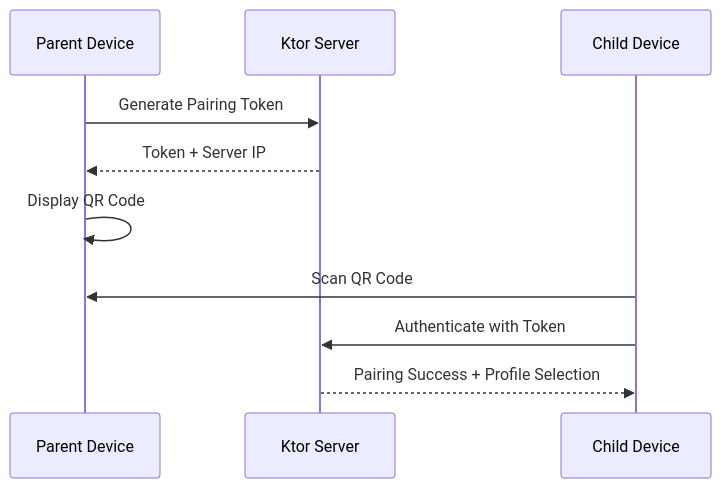
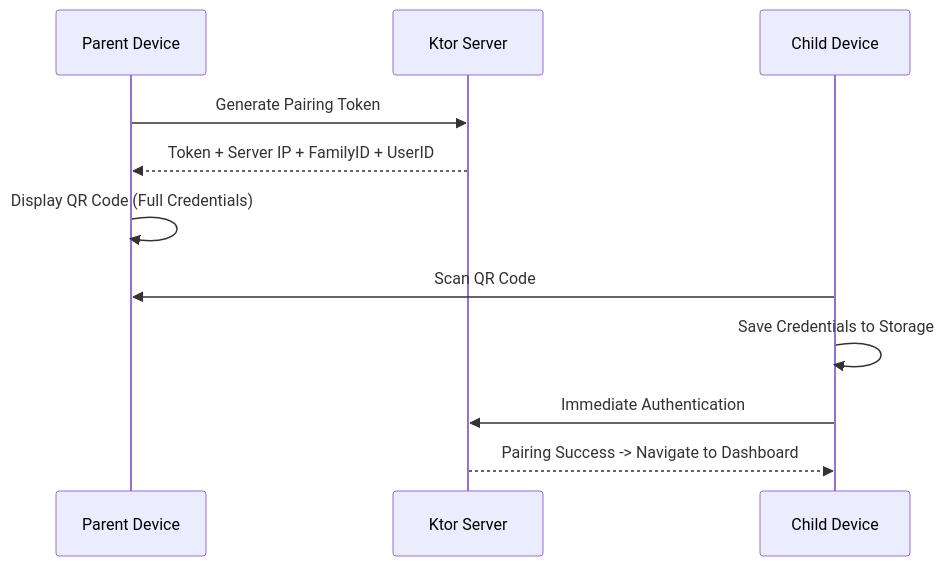
Before and after one commit to AbdullahAlSamman/FamilyChore: the first of 3 diagrams in artifacts/full_project_reference.md, drawn with Mermaid. The commit also changed other lines of this file and 13 other files, not shown here.

Commit message:
T19: Refinement of logout logic with selective authentication clearing and enhanced QR scanning to store session, family, and user credentials.

````diff
--- a/artifacts/full_project_reference.md
+++ b/artifacts/full_project_reference.md
@@ -39,13 +40,14 @@
 ```mermaid
 sequenceDiagram
     participant P as Parent Device
     participant S as Ktor Server
     participant C as Child Device
 
     P->>S: Generate Pairing Token
-    S-->>P: Token + Server IP
-    P->>P: Display QR Code
+    S-->>P: Token + Server IP + FamilyID + UserID
+    P->>P: Display QR Code (Full Credentials)
     C->>P: Scan QR Code
-    C->>S: Authenticate with Token
-    S-->>C: Pairing Success + Profile Selection
+    C->>C: Save Credentials to Storage
+    C->>S: Immediate Authentication
+    S-->>C: Pairing Success -> Navigate to Dashboard
 ```
````
